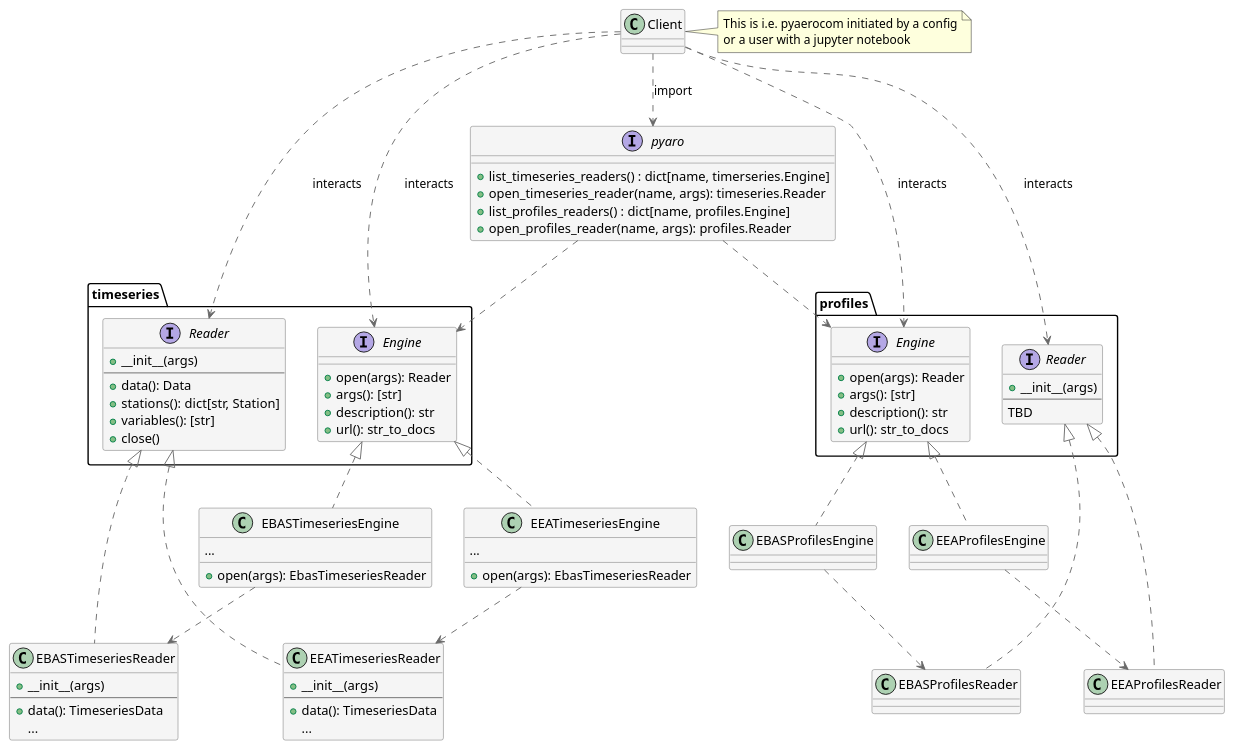
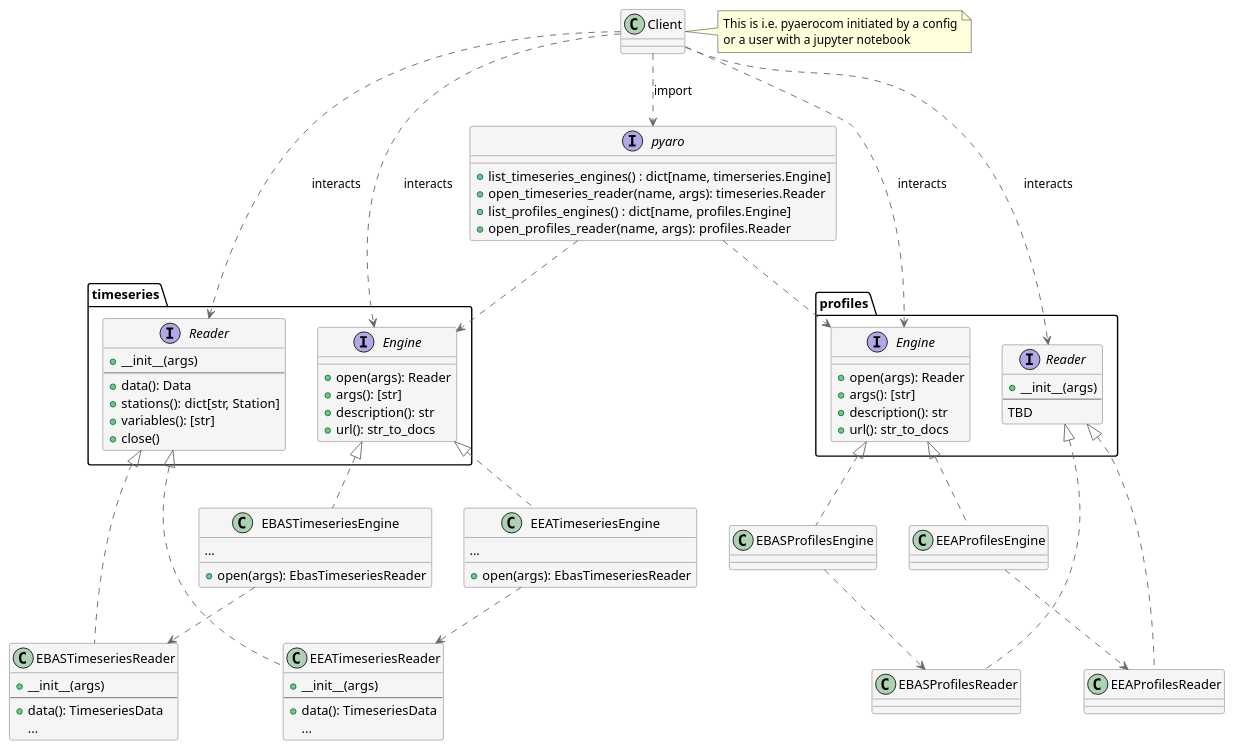
One commit to metno/pyaro changed the diagram in docs/puml/ReaderFactory.puml. Above: the diagram before and after it, drawn with PlantUML. The commit also changed 1 other file, not shown here.

```diff
--- a/docs/puml/ReaderFactory.puml
+++ b/docs/puml/ReaderFactory.puml
@@ -1,112 +1,112 @@
 @startuml
 
 skinparam class {
   backgroundColor whitesmoke
   arrowColor dimgrey
   borderColor dimgrey
 }
 
 ' Abstract Factory Patter
 ' Factory -> MeasurementNetwork
 
 class Client
 note right of Client
 This is i.e. pyaerocom initiated by a config
 or a user with a jupyter notebook
 end note
 
 interface pyaro {
-  + list_timeseries_readers() : dict[name, timerseries.Engine]
+  + list_timeseries_engines() : dict[name, timerseries.Engine]
   + open_timeseries_reader(name, args): timeseries.Reader
-  + list_profiles_readers() : dict[name, profiles.Engine]
+  + list_profiles_engines() : dict[name, profiles.Engine]
   + open_profiles_reader(name, args): profiles.Reader
 }
 
 interface timeseries.Engine {
   + open(args): Reader
   + args(): [str]
   + description(): str
   + url(): str_to_docs
 }
 
 class EBASTimeseriesEngine {
   + open(args): EbasTimeseriesReader
   ...
 }
 
 class EEATimeseriesEngine {
   + open(args): EbasTimeseriesReader
   ...
 }
 
 interface timeseries.Reader {
   + __init__(args)
   --
   + data(): Data
   + stations(): dict[str, Station]
   + variables(): [str]
   + close()
 }
 
 class EBASTimeseriesReader {
   + __init__(args)
   --
   + data(): TimeseriesData
   ...
 }
 
 class EEATimeseriesReader {
   + __init__(args)
   --
   + data(): TimeseriesData
   ...
 }
 
 interface profiles.Engine {
   + open(args): Reader
   + args(): [str]
   + description(): str
   + url(): str_to_docs
 }
 
 interface profiles.Reader {
   + __init__(args)
   --
   TBD
 }
 
 class EBASProfilesReader {
 }
 
 class EEAProfilesReader {
 }
 
 timeseries.Engine <|.. EBASTimeseriesEngine
 timeseries.Engine <|.. EEATimeseriesEngine
 
 timeseries.Reader <|.. EBASTimeseriesReader
 timeseries.Reader <|.. EEATimeseriesReader
 
 profiles.Engine <|.. EBASProfilesEngine
 profiles.Engine <|.. EEAProfilesEngine
 
 profiles.Reader <|.. EBASProfilesReader
 profiles.Reader <|.. EEAProfilesReader
 
 
 EEAProfilesEngine ..> EEAProfilesReader
 EEATimeseriesEngine ..> EEATimeseriesReader
 
 EBASProfilesEngine ..> EBASProfilesReader
 EBASTimeseriesEngine ..> EBASTimeseriesReader
 
 Client ..> pyaro: import
 pyaro ..> timeseries.Engine
 pyaro ..> profiles.Engine
 Client ..> timeseries.Engine: interacts
 Client ..> timeseries.Reader : interacts
 Client ..> profiles.Engine : interacts
 Client ..> profiles.Reader : interacts
 
 
 @enduml
```
